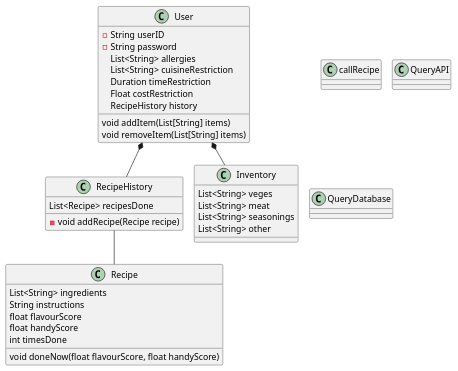
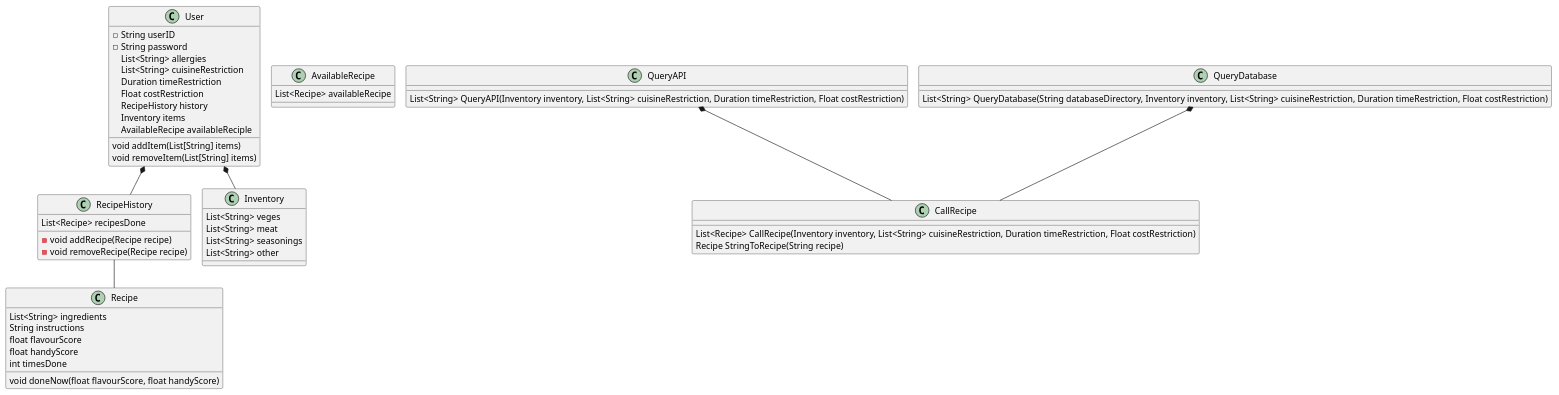
One commit to JohnZHANGFZ/207_group_project changed the diagram in Project UML.puml. Above: the diagram before and after it, drawn with PlantUML.

Commit message:
add inventory & relationship btw API

```diff
--- a/Project UML.puml
+++ b/Project UML.puml
@@ -1,52 +1,66 @@
 @startuml
 !pragma layout smetana
 'https://plantuml.com/sequence-diagram
 
 class User {
 -String userID
 -String password
 List<String> allergies
 List<String> cuisineRestriction
 Duration timeRestriction
 Float costRestriction
 RecipeHistory history
+Inventory items
+AvailableRecipe availableReciple
 
 void addItem(List[String] items)
 void removeItem(List[String] items)
 }
 
 class RecipeHistory{
 List<Recipe> recipesDone
 -void addRecipe(Recipe recipe)
+-void removeRecipe(Recipe recipe)
 }
 
 class Recipe{
 List<String> ingredients
 String instructions
 float flavourScore
 float handyScore
 int timesDone
 void doneNow(float flavourScore, float handyScore)
 }
 
 class Inventory {
 List<String> veges
 List<String> meat
 List<String> seasonings
 List<String> other
 }
 
-class callRecipe {
+class AvailableRecipe {
+List<Recipe> availableRecipe
+}
+
+class CallRecipe {
+List<Recipe> CallRecipe(Inventory inventory, List<String> cuisineRestriction, Duration timeRestriction, Float costRestriction)
+Recipe StringToRecipe(String recipe)
 }
 
 class QueryAPI {
+List<String> QueryAPI(Inventory inventory, List<String> cuisineRestriction, Duration timeRestriction, Float costRestriction)
 }
 
 class QueryDatabase {
+ List<String> QueryDatabase(String databaseDirectory, Inventory inventory, List<String> cuisineRestriction, Duration timeRestriction, Float costRestriction)
+
 }
 
 RecipeHistory -- Recipe
 User *-- Inventory
 User *-- RecipeHistory
+QueryAPI *-- CallRecipe
+QueryDatabase *-- CallRecipe
 
 @enduml
```
